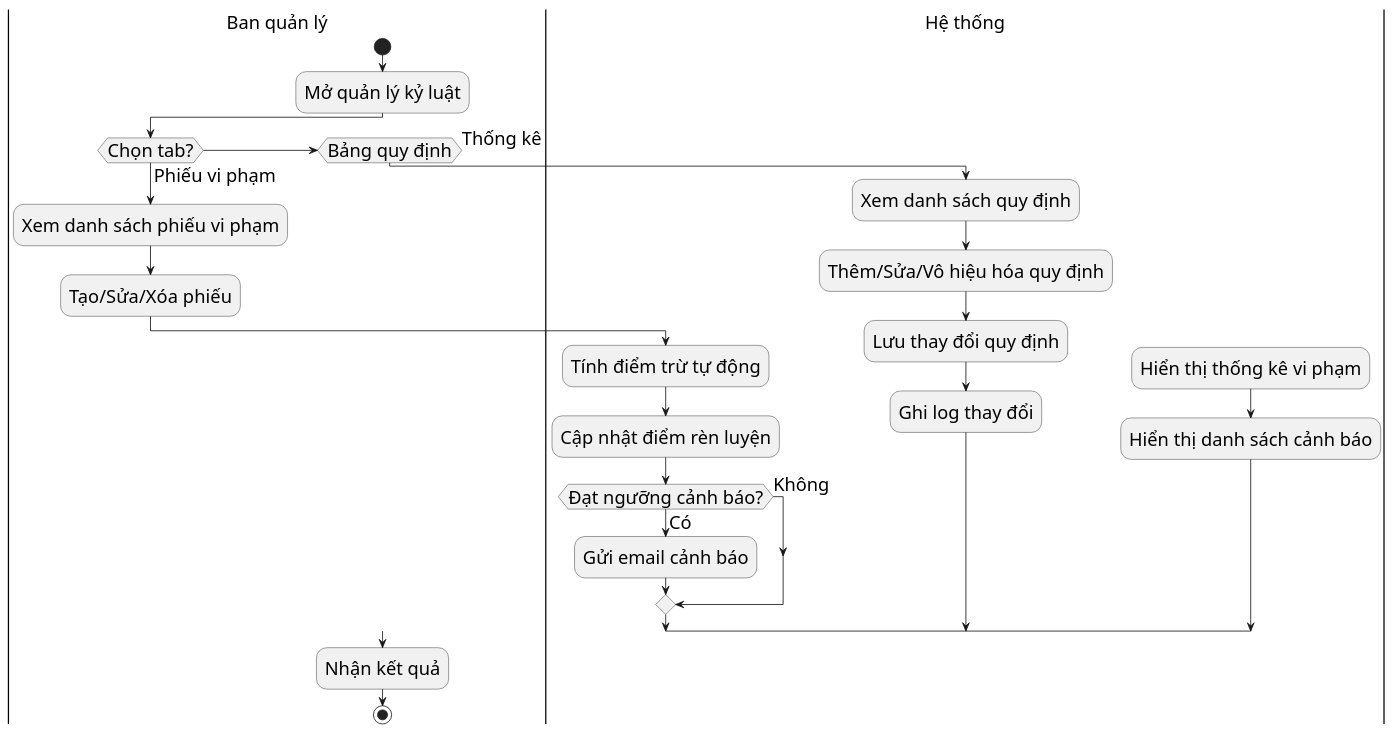
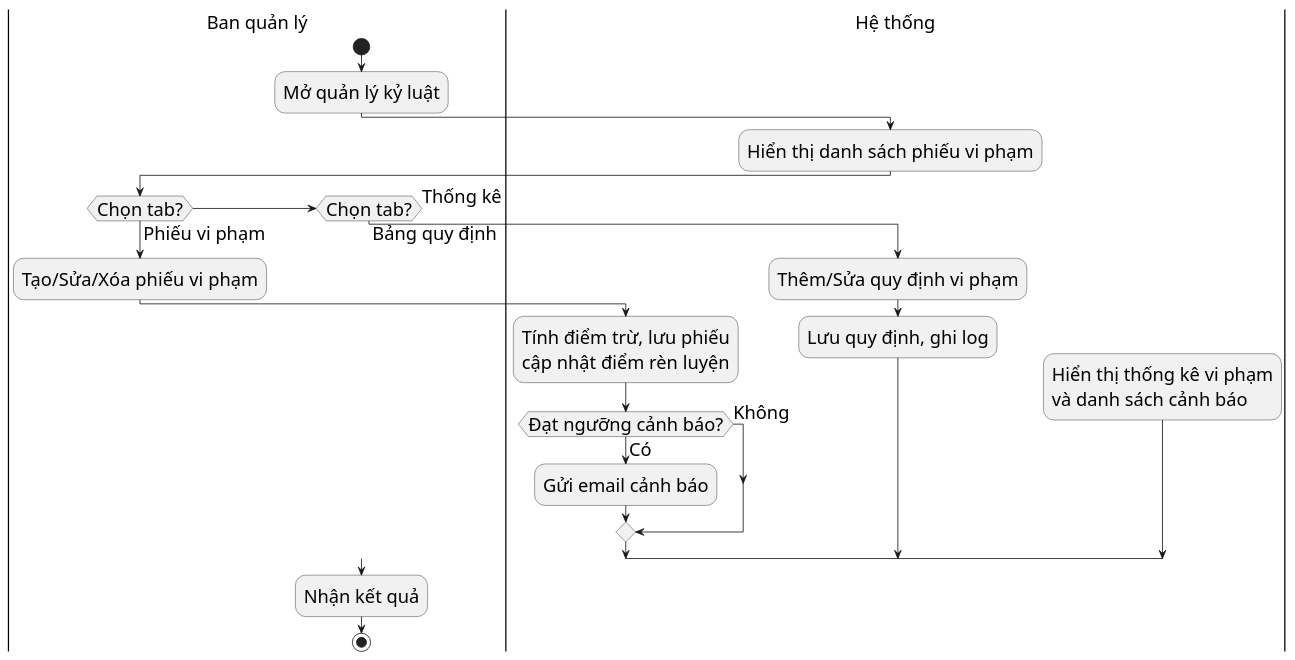
The diagram in diagrams/nhomkyluat/discipline_management_activity.puml (s0nbuildtech287/dormitory-frontend), drawn with PlantUML before and after one commit. The commit also changed 1 other file, not shown here.

```diff
--- a/diagrams/nhomkyluat/discipline_management_activity.puml
+++ b/diagrams/nhomkyluat/discipline_management_activity.puml
@@ -1,36 +1,33 @@
 @startuml "Discipline Management Activity"
 skinparam defaultFontSize 22
 skinparam defaultFontName "Times New Roman"
 
 |Ban quản lý|
 start
 :Mở quản lý kỷ luật;
 
+|Hệ thống|
+:Hiển thị danh sách phiếu vi phạm;
+
+|Ban quản lý|
 if (Chọn tab?) then (Phiếu vi phạm)
-  :Xem danh sách phiếu vi phạm;
-  :Tạo/Sửa/Xóa phiếu;
+  :Tạo/Sửa/Xóa phiếu vi phạm;
   |Hệ thống|
-  :Tính điểm trừ tự động;
-  :Cập nhật điểm rèn luyện;
+  :Tính điểm trừ, lưu phiếu\ncập nhật điểm rèn luyện;
   if (Đạt ngưỡng cảnh báo?) then (Có)
     :Gửi email cảnh báo;
   else (Không)
   endif
-  
-elseif (Bảng quy định) then
-  :Xem danh sách quy định;
-  :Thêm/Sửa/Vô hiệu hóa quy định;
+elseif (Chọn tab?) then (Bảng quy định)
+  :Thêm/Sửa quy định vi phạm;
   |Hệ thống|
-  :Lưu thay đổi quy định;
-  :Ghi log thay đổi;
-  
+  :Lưu quy định, ghi log;
 else (Thống kê)
   |Hệ thống|
-  :Hiển thị thống kê vi phạm;
-  :Hiển thị danh sách cảnh báo;
+  :Hiển thị thống kê vi phạm\nvà danh sách cảnh báo;
+  |Ban quản lý|
 endif
 
-|Ban quản lý|
 :Nhận kết quả;
 stop
 @enduml
```
